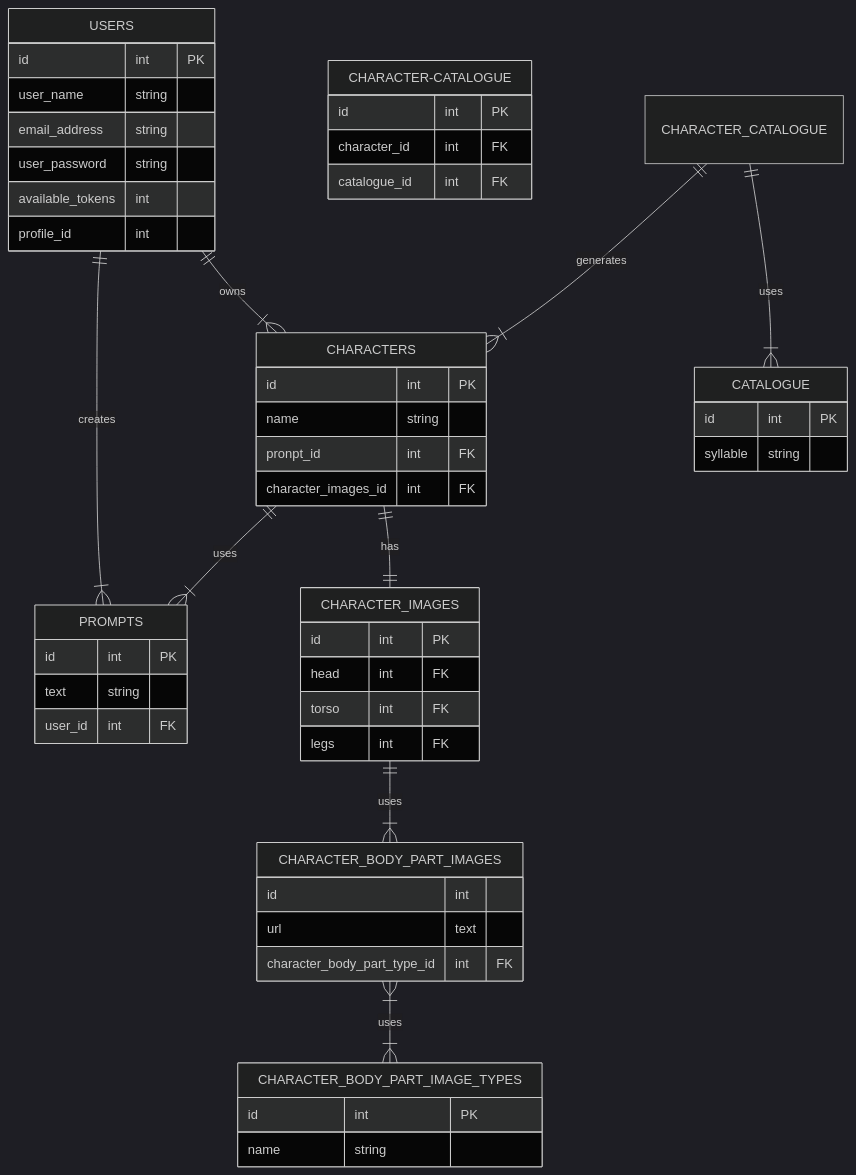
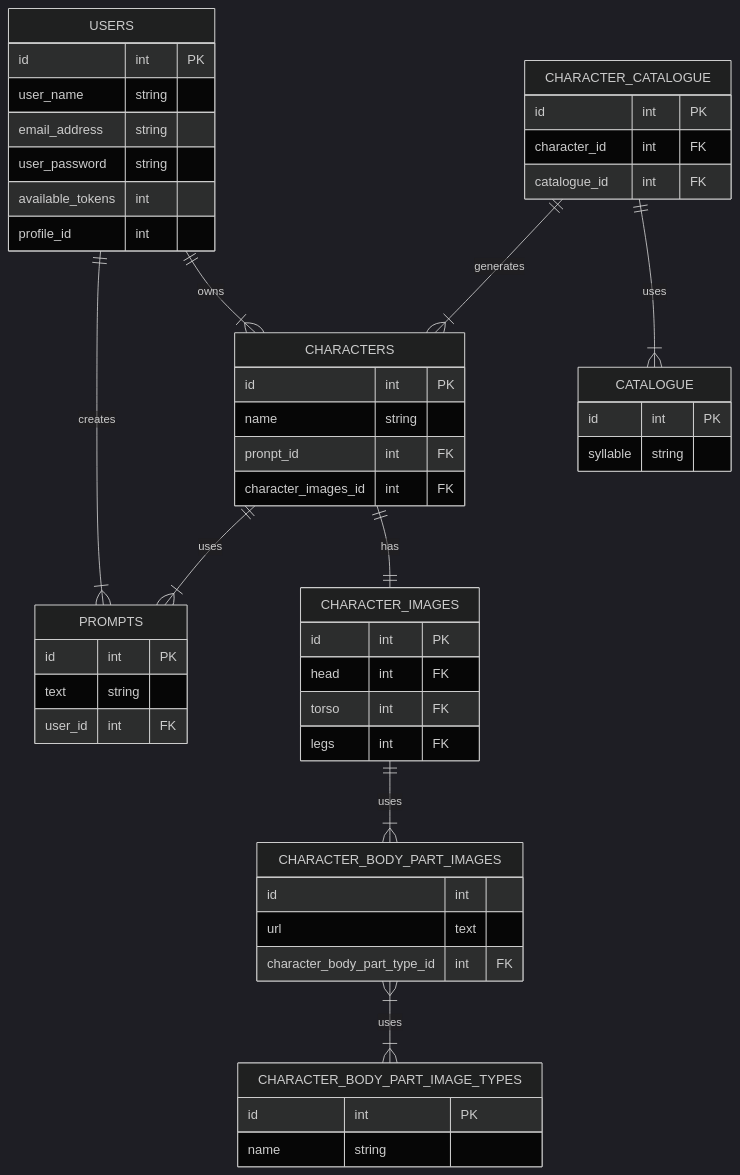
The second of 2 diagrams in README.md (Wren00/create-an-orc), drawn with Mermaid (dark theme) before and after one commit.

````diff
--- a/README.md
+++ b/README.md
@@ -69,56 +69,56 @@
 ```mermaid
 erDiagram
 direction TB
 USERS {
 	id int PK
 	user_name string
 	email_address string
 	user_password string
 	available_tokens int
 	profile_id int
 }
 PROMPTS {
  	id int PK
 	text string
 	user_id int FK
 }
 CHARACTERS {
  	id int PK
 	name string
 	pronpt_id int FK
 	character_images_id int FK
 }
 CHARACTER_IMAGES {
 	id int PK
 	head int FK
 	torso int FK
 	legs int FK
 }
 CHARACTER_BODY_PART_IMAGES {
 	id int
 	url text 
 	character_body_part_type_id int FK
 }
 CHARACTER_BODY_PART_IMAGE_TYPES {
 	id int PK
 	name string
 }
-CHARACTER-CATALOGUE {
+CHARACTER_CATALOGUE {
 	id int PK
 	character_id int FK
 	catalogue_id int FK
 }
 CATALOGUE {
     id int PK
     syllable string
 }
 	USERS ||--|{ PROMPTS : creates
 	USERS ||--|{ CHARACTERS : owns
 	CHARACTERS ||--|{ PROMPTS : uses
 	CHARACTERS ||--|| CHARACTER_IMAGES : has
 	CHARACTER_IMAGES ||--|{ CHARACTER_BODY_PART_IMAGES : uses
 	CHARACTER_BODY_PART_IMAGES }|--|{ CHARACTER_BODY_PART_IMAGE_TYPES : uses
 	CHARACTER_CATALOGUE ||--|{ CHARACTERS : generates
 	CHARACTER_CATALOGUE ||--|{ CATALOGUE : uses
 	
 ```
````
